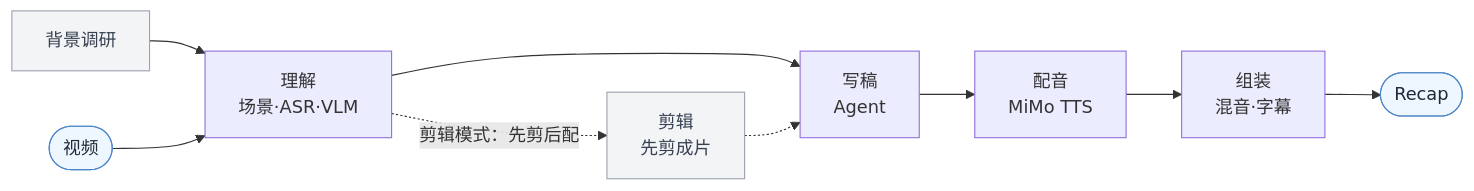
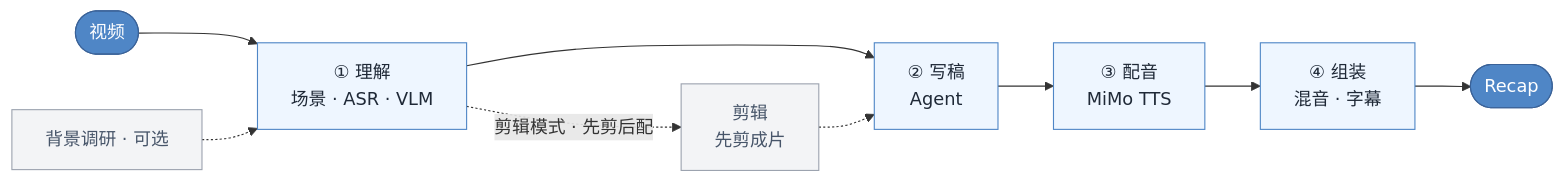
Before and after one commit to worldwonderer/video-recap-skills: the diagram in README.md, drawn with Mermaid. The commit also changed 1 other file, not shown here.

Commit message:
docs: 同步英文 README 到中文 + 重绘流程图 (#44)
- 英文 README 跟随中文版的精简：去掉中文已删的从句（skip-when-unavailable、
  LLM-review-before-TTS、core-render-only-ffmpeg、Ask-for-variations），对齐标语、
  demo 配图说明与宽度（100%）。英文标语保留「one Xiaomi MiMo API key」措辞——
  中文新标语写「Token Plan key」会让按量付费 sk-* key 显得不适用。
- mermaid 流程图重绘（中英同步）：主链单行 视频→理解→写稿→配音→组装→Recap，
  四个核心阶段编号 ①-④；端点节点实心高亮、阶段浅蓝、可选项（背景调研/剪辑）灰；
  剪辑模式作为带标签的虚线分支接回写稿。

````diff
--- a/README.md
+++ b/README.md
@@ -21,10 +21,13 @@
 ```mermaid
 flowchart LR
-    research["背景调研"] --> understand
-    video(["视频"]) --> understand["理解<br/>场景·ASR·VLM"] --> script["写稿<br/>Agent"] --> voiceover["配音<br/>MiMo TTS"] --> assemble["组装<br/>混音·字幕"] --> output(["Recap"])
-    understand -. 剪辑模式：先剪后配 .-> cut["剪辑<br/>先剪成片"] -.-> script
-    classDef io fill:#eef6ff,stroke:#4f86c6,color:#1f2937;
-    classDef opt fill:#f3f4f6,stroke:#9ca3af,color:#374151;
+    video(["视频"]) --> understand["① 理解<br/>场景 · ASR · VLM"]
+    research["背景调研 · 可选"] -.-> understand
+    understand --> script["② 写稿<br/>Agent"] --> voiceover["③ 配音<br/>MiMo TTS"] --> assemble["④ 组装<br/>混音 · 字幕"] --> output(["Recap"])
+    understand -. 剪辑模式 · 先剪后配 .-> cut["剪辑<br/>先剪成片"] -.-> script
+    classDef io fill:#4f86c6,stroke:#3a6298,color:#fff;
+    classDef stage fill:#eef6ff,stroke:#4f86c6,color:#1f2937;
+    classDef opt fill:#f3f4f6,stroke:#9ca3af,color:#475569;
     class video,output io;
+    class understand,script,voiceover,assemble stage;
     class research,cut opt;
 ```
````
